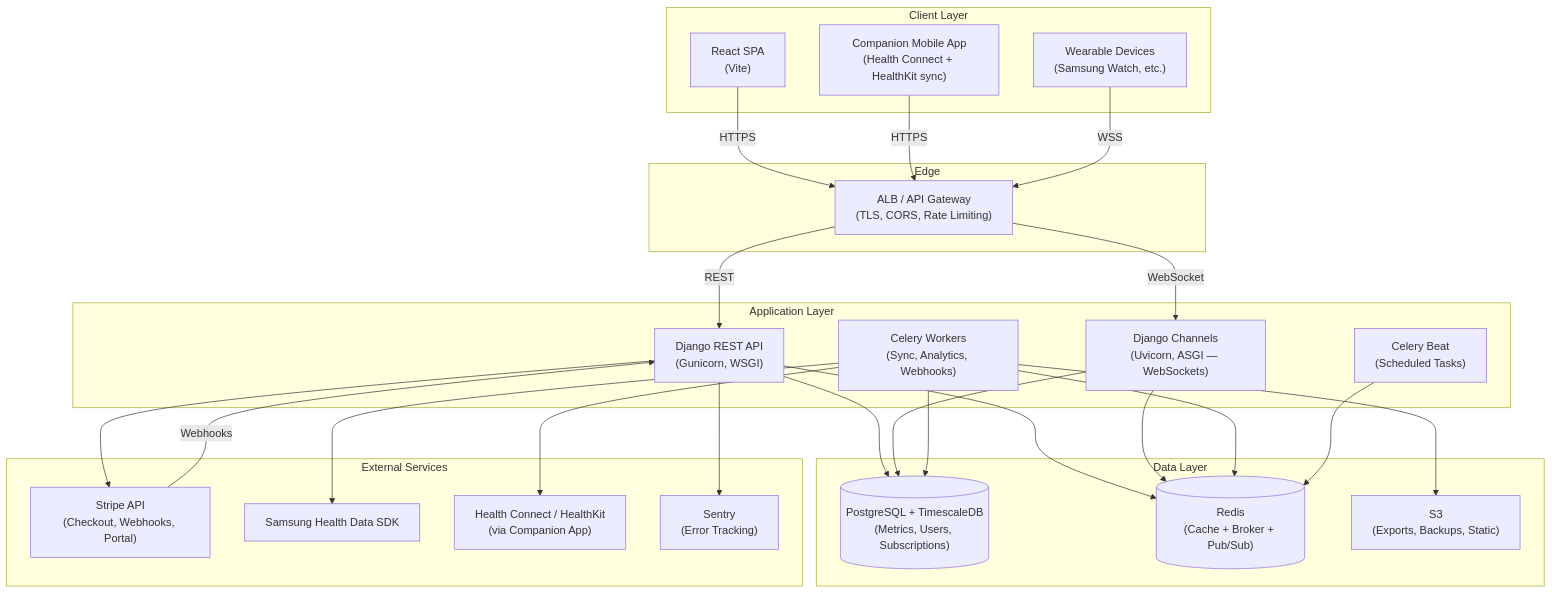
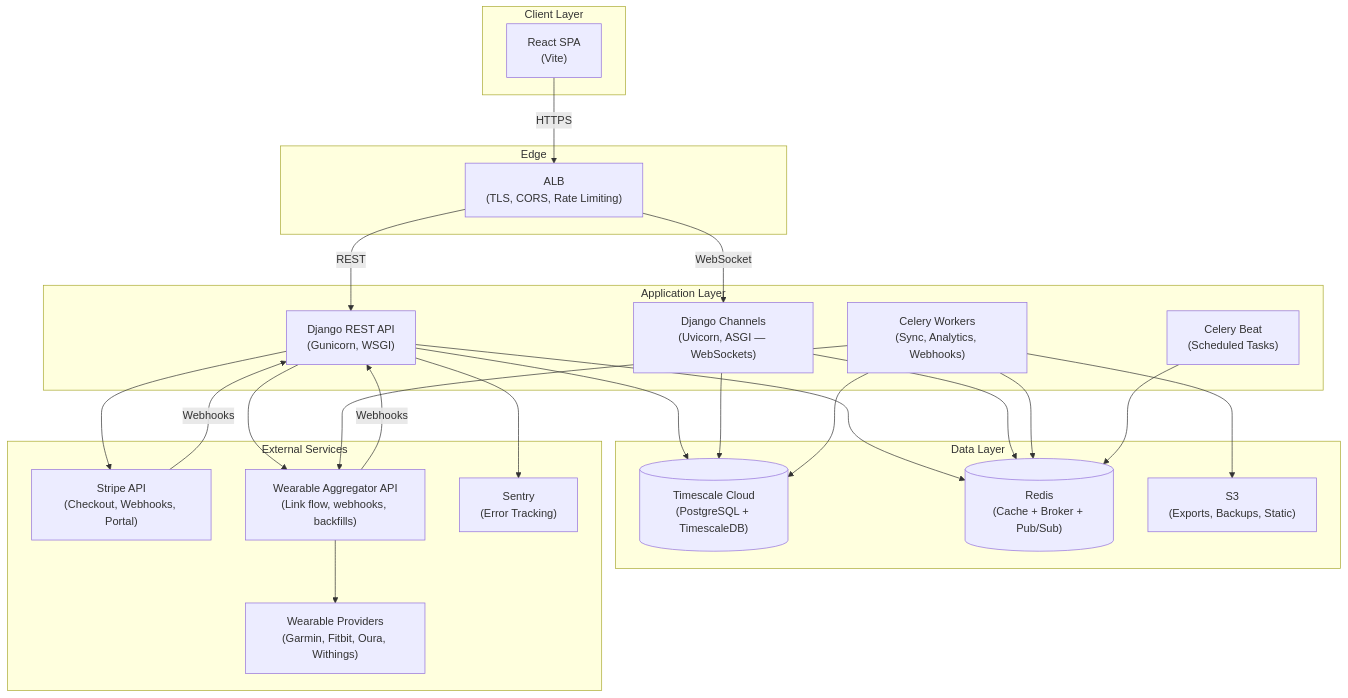
One commit to elvisrepo/long changed the fourth of 6 diagrams in planning.md. Above: the diagram before and after it, drawn with Mermaid. The commit also changed other lines of this file, not shown here.

````diff
--- a/planning.md
+++ b/planning.md
@@ -321,57 +330,55 @@
 ```mermaid
 graph TB
     subgraph "Client Layer"
         WEB["React SPA<br/>(Vite)"]
-        MOBILE["Companion Mobile App<br/>(Health Connect + HealthKit sync)"]
-        WEARABLE["Wearable Devices<br/>(Samsung Watch, etc.)"]
     end
 
     subgraph "Edge"
-        NGINX["ALB / API Gateway<br/>(TLS, CORS, Rate Limiting)"]
+        NGINX["ALB<br/>(TLS, CORS, Rate Limiting)"]
     end
 
     subgraph "Application Layer"
         DJANGO["Django REST API<br/>(Gunicorn, WSGI)"]
         CHANNELS["Django Channels<br/>(Uvicorn, ASGI — WebSockets)"]
         CELERY["Celery Workers<br/>(Sync, Analytics, Webhooks)"]
         BEAT["Celery Beat<br/>(Scheduled Tasks)"]
     end
 
     subgraph "Data Layer"
-        PG[("PostgreSQL + TimescaleDB<br/>(Metrics, Users, Subscriptions)")]
+        PG[("Timescale Cloud<br/>(PostgreSQL + TimescaleDB)")]
         REDIS[("Redis<br/>(Cache + Broker + Pub/Sub)")]
         S3["S3<br/>(Exports, Backups, Static)"]
     end
 
     subgraph "External Services"
         STRIPE["Stripe API<br/>(Checkout, Webhooks, Portal)"]
-        SAMSUNG["Samsung Health Data SDK"]
-        HC["Health Connect / HealthKit<br/>(via Companion App)"]
+        AGG["Wearable Aggregator API<br/>(Link flow, webhooks, backfills)"]
+        PROVIDERS["Wearable Providers<br/>(Garmin, Fitbit, Oura, Withings)"]
         SENTRY_EXT["Sentry<br/>(Error Tracking)"]
     end
 
     WEB -- "HTTPS" --> NGINX
-    MOBILE -- "HTTPS" --> NGINX
-    WEARABLE -- "WSS" --> NGINX
 
     NGINX -- "REST" --> DJANGO
     NGINX -- "WebSocket" --> CHANNELS
 
     DJANGO --> PG
     DJANGO --> REDIS
     DJANGO --> STRIPE
+    DJANGO --> AGG
     DJANGO --> SENTRY_EXT
 
     CHANNELS --> REDIS
     CHANNELS --> PG
 
     CELERY --> PG
     CELERY --> REDIS
-    CELERY --> SAMSUNG
-    CELERY --> HC
+    CELERY --> AGG
     CELERY --> S3
 
     BEAT --> REDIS
 
     STRIPE -- "Webhooks" --> DJANGO
+    AGG -- "Webhooks" --> DJANGO
+    AGG --> PROVIDERS
 ```
````
